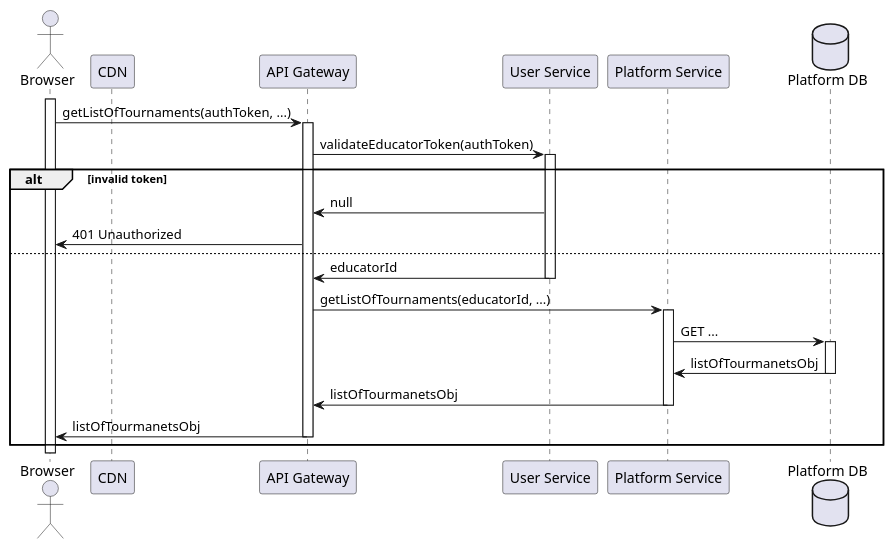
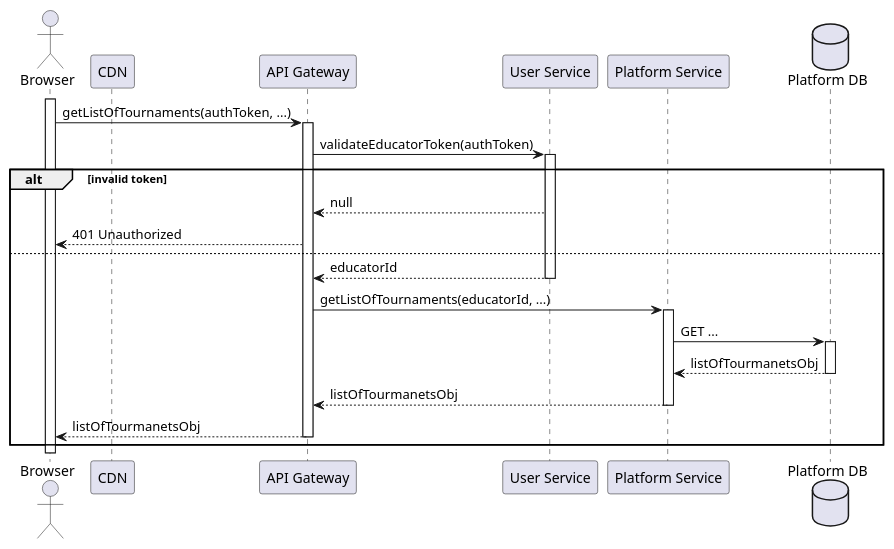
One commit to Furrrlo/CodeKataBattle changed the diagram in dd/puml/rw0.1.puml. Above: the diagram before and after it, drawn with PlantUML. The commit also changed 13 other files, not shown here.

Commit message:
Fix response dotted lines in RW seq diagrams

```diff
--- a/dd/puml/rw0.1.puml
+++ b/dd/puml/rw0.1.puml
@@ -1,27 +1,27 @@
 @startuml RW0.1 - User gets list of tournaments
 
 actor Browser
 participant CDN
 participant "API Gateway" as gateway
 participant "User Service" as auth
 
 participant "Platform Service" as platform
 database "Platform DB" as platformDb
 
 activate Browser
 
 Browser -> gateway ++ : getListOfTournaments(authToken, ...)
 gateway -> auth ++ : validateEducatorToken(authToken)
 alt invalid token
-    gateway <- auth : null
-    Browser <- gateway : 401 Unauthorized
+    gateway <-- auth : null
+    Browser <-- gateway : 401 Unauthorized
 else
-    gateway <- auth -- : educatorId
+    gateway <-- auth -- : educatorId
     gateway -> platform ++ : getListOfTournaments(educatorId, ...)
     platform -> platformDb ++ : GET ...
-    platform <- platformDb -- : listOfTourmanetsObj
-    gateway <- platform -- : listOfTourmanetsObj
-    Browser <- gateway -- : listOfTourmanetsObj
+    platform <-- platformDb -- : listOfTourmanetsObj
+    gateway <-- platform -- : listOfTourmanetsObj
+    Browser <-- gateway -- : listOfTourmanetsObj
 end
 
 @enduml
```
